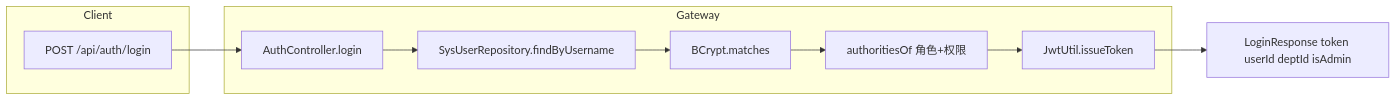
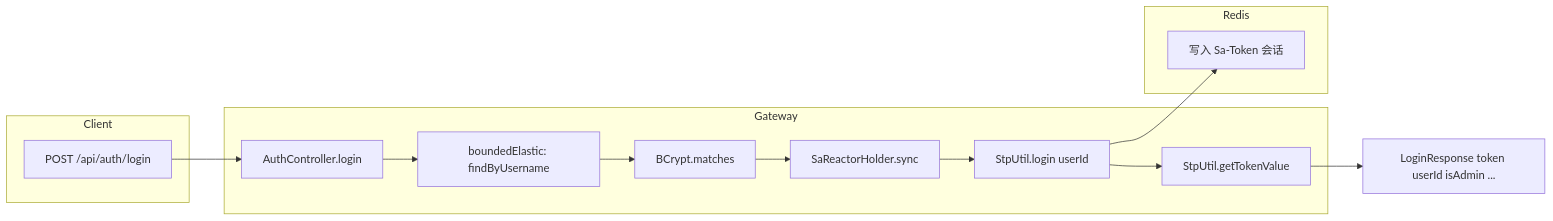
One commit to ZjlShenshiqing/EnterpriseKnowledgeWorkspace changed the second of 4 diagrams in docs/gateway-service-code-analysis.md. Above: the diagram before and after it, drawn with Mermaid. The commit also changed other lines of this file and 19 other files, not shown here.

````diff
--- a/docs/gateway-service-code-analysis.md
+++ b/docs/gateway-service-code-analysis.md
@@ -320,15 +423,20 @@
 ```mermaid
 flowchart LR
     subgraph Client
         A[POST /api/auth/login]
     end
     subgraph Gateway
         B[AuthController.login]
-        C[SysUserRepository.findByUsername]
+        C[boundedElastic: findByUsername]
         D[BCrypt.matches]
-        E[authoritiesOf 角色+权限]
-        F[JwtUtil.issueToken]
+        E[SaReactorHolder.sync]
+        F[StpUtil.login userId]
+        G[StpUtil.getTokenValue]
     end
-    A --> B --> C --> D --> E --> F
-    F --> G[LoginResponse token userId deptId isAdmin]
+    subgraph Redis
+        H[写入 Sa-Token 会话]
+    end
+    A --> B --> C --> D --> E --> F --> G
+    F --> H
+    G --> I[LoginResponse token userId isAdmin ...]
 ```
````
